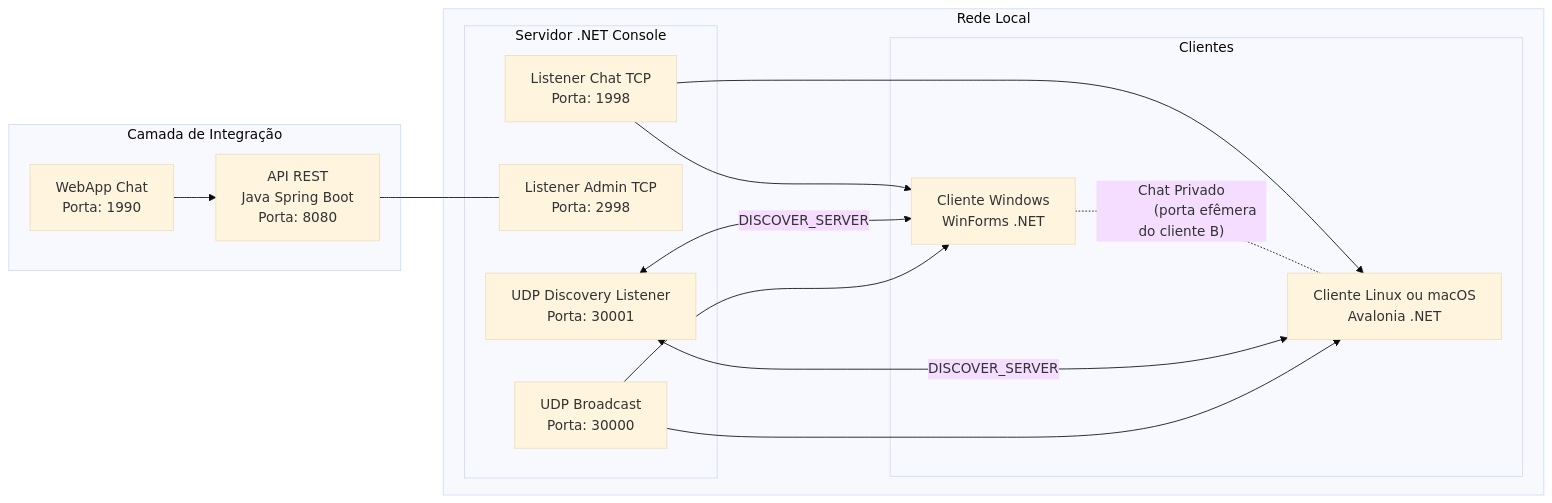
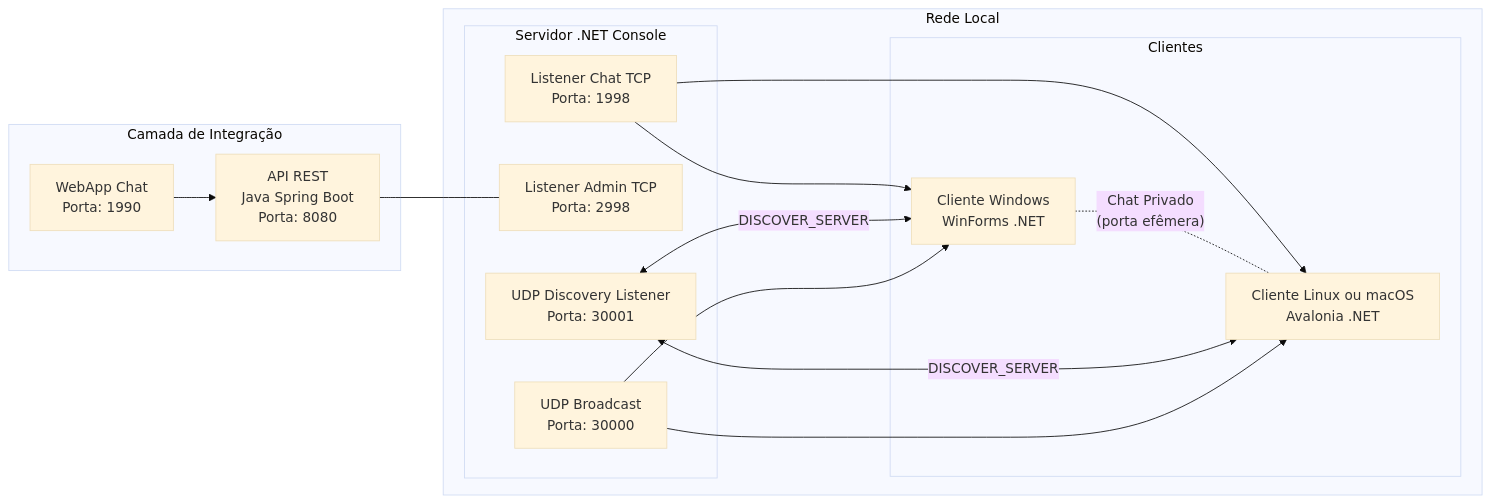
The diagram in README.md (luccas00/Chat_TCP), drawn with Mermaid (base theme) before and after one commit.

````diff
--- a/README.md
+++ b/README.md
@@ -154,44 +154,44 @@
 ```mermaid
 flowchart LR
     subgraph NET["Rede Local"]
         subgraph SRV["Servidor .NET Console"]
             CH["Listener Chat TCP
                 Porta: 1998"]
             ADM["Listener Admin TCP
                  Porta: 2998"]
             UDPB["UDP Broadcast
                   Porta: 30000"]
             UDNS["UDP Discovery Listener
                   Porta: 30001"]
         end
 
         subgraph CLIENTES["Clientes"]
             WF["Cliente Windows
                 WinForms .NET"]
             AV["Cliente Linux ou macOS
                 Avalonia .NET"]
         end
 
         CH --> WF
         CH --> AV
 
         WF -. "Chat Privado
-            (porta efêmera do cliente B)" .- AV
+            (porta efêmera)" .- AV
 
         UDNS <-- "DISCOVER_SERVER" --> WF
         UDNS <-- "DISCOVER_SERVER" --> AV
         UDPB --> WF
         UDPB --> AV
     end
 
     subgraph API["Camada de Integração"]
         SB["API REST
             Java Spring Boot
             Porta: 8080"]
         FE["WebApp Chat
             Porta: 1990"]
     end
 
     SB --- ADM
     FE --> SB
 ```
````
